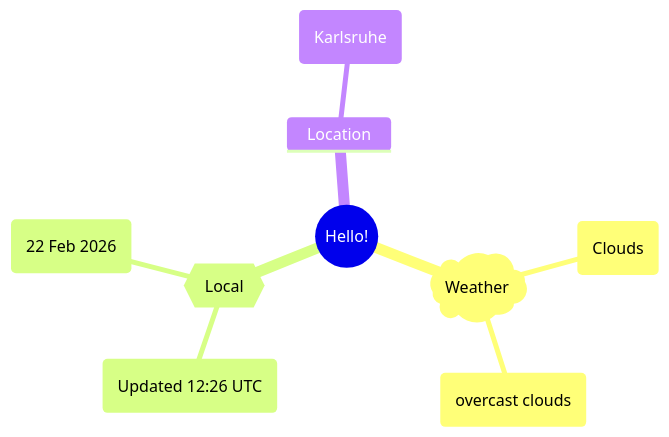
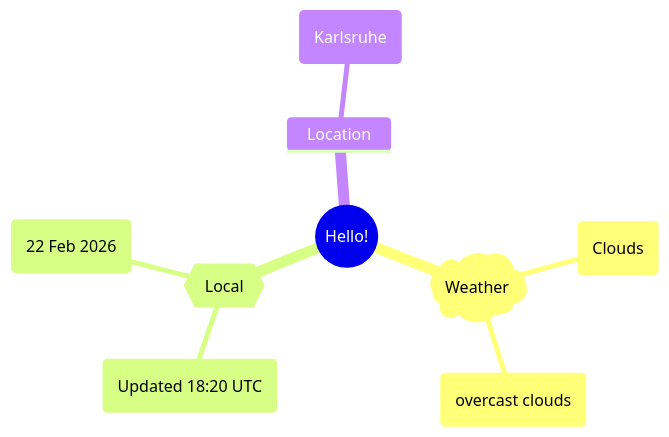
The first of 2 diagrams in README.md (Xosrov/Xosrov), drawn with Mermaid before and after one commit.

Commit message:
[bot] updated images

````diff
--- a/README.md
+++ b/README.md
@@ -3,12 +3,12 @@
 ```mermaid
 mindmap
   root((Hello!))
     )Weather(
         (Clouds)
         (overcast clouds)
     {{Local}}
-        (Updated 12:26 UTC)
+        (Updated 18:20 UTC)
         (22 Feb 2026)
     Location
         (Karlsruhe)
 ```
````
